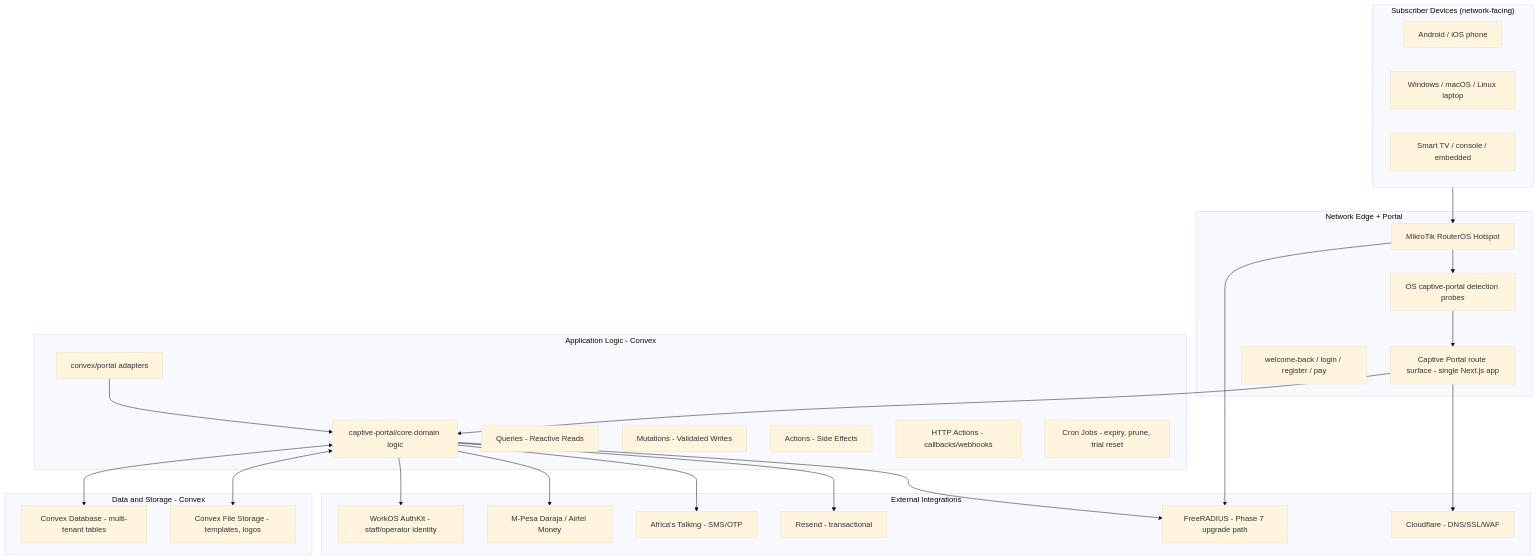
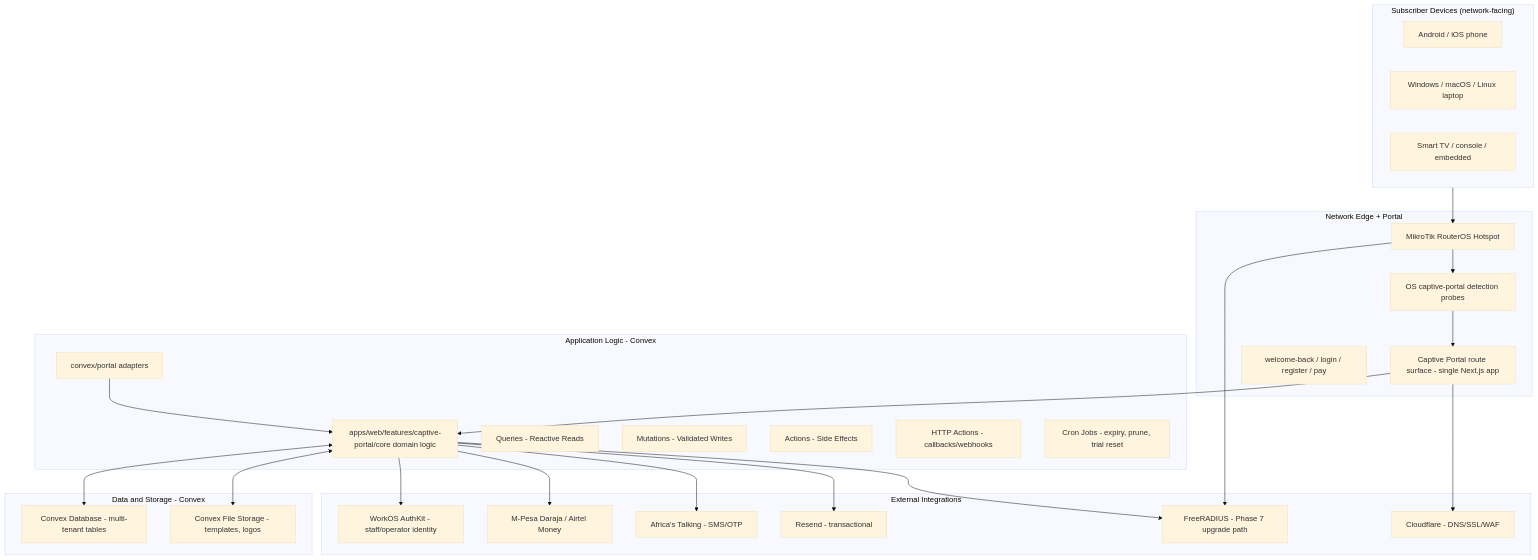
The diagram in docs/captive-portal/captive-portal-specification.md (mylescorp/mylesnet-dashboard), drawn with Mermaid (base theme) before and after one commit. The commit also changed other lines of this file and 223 other files, not shown here.

Commit message:
chore: retire legacy monitoring and relocate captive portal

````diff
--- a/docs/captive-portal/captive-portal-specification.md
+++ b/docs/captive-portal/captive-portal-specification.md
@@ -145,53 +145,53 @@
 ```mermaid
 graph TD
     subgraph Device_Layer ["Subscriber Devices (network-facing)"]
         Phone[Android / iOS phone]
         Laptop[Windows / macOS / Linux laptop]
         TV[Smart TV / console / embedded]
     end
 
     subgraph Portable_Layer ["Network Edge + Portal"]
         MikroTik[MikroTik RouterOS Hotspot]
         Detection[OS captive-portal detection probes]
         Portal[Captive Portal route surface - single Next.js app]
         Connect[welcome-back / login / register / pay]
     end
 
     subgraph Logic_Layer ["Application Logic - Convex"]
         PortalCall[convex/portal adapters]
-        Core[captive-portal/core domain logic]
+        Core[apps/web/features/captive-portal/core domain logic]
         Queries[Queries - Reactive Reads]
         Mutations[Mutations - Validated Writes]
         Actions[Actions - Side Effects]
         HttpActions[HTTP Actions - callbacks/webhooks]
         CronJobs[Cron Jobs - expiry, prune, trial reset]
     end
 
     subgraph Data_Layer ["Data and Storage - Convex"]
         Database[Convex Database - multi-tenant tables]
         FileStorage[Convex File Storage - templates, logos]
     end
 
     subgraph External_Integrations ["External Integrations"]
         WorkOS[WorkOS AuthKit - staff/operator identity]
         Payment[M-Pesa Daraja / Airtel Money]
         SMS[Africa's Talking - SMS/OTP]
         Email[Resend - transactional]
         Radius[FreeRADIUS - Phase 7 upgrade path]
         Cloudflare[Cloudflare - DNS/SSL/WAF]
     end
 
     Device_Layer --> MikroTik
     MikroTik --> Detection --> Portal
     MikroTik --> Radius
     Portal --> Core
     PortalCall --> Core
     Core <--> Database
     Core <--> FileStorage
     Core --> Payment
     Core --> SMS
     Core --> Email
     Core --> Radius
     Core --> WorkOS
     Portal --> Cloudflare
 ```
````
